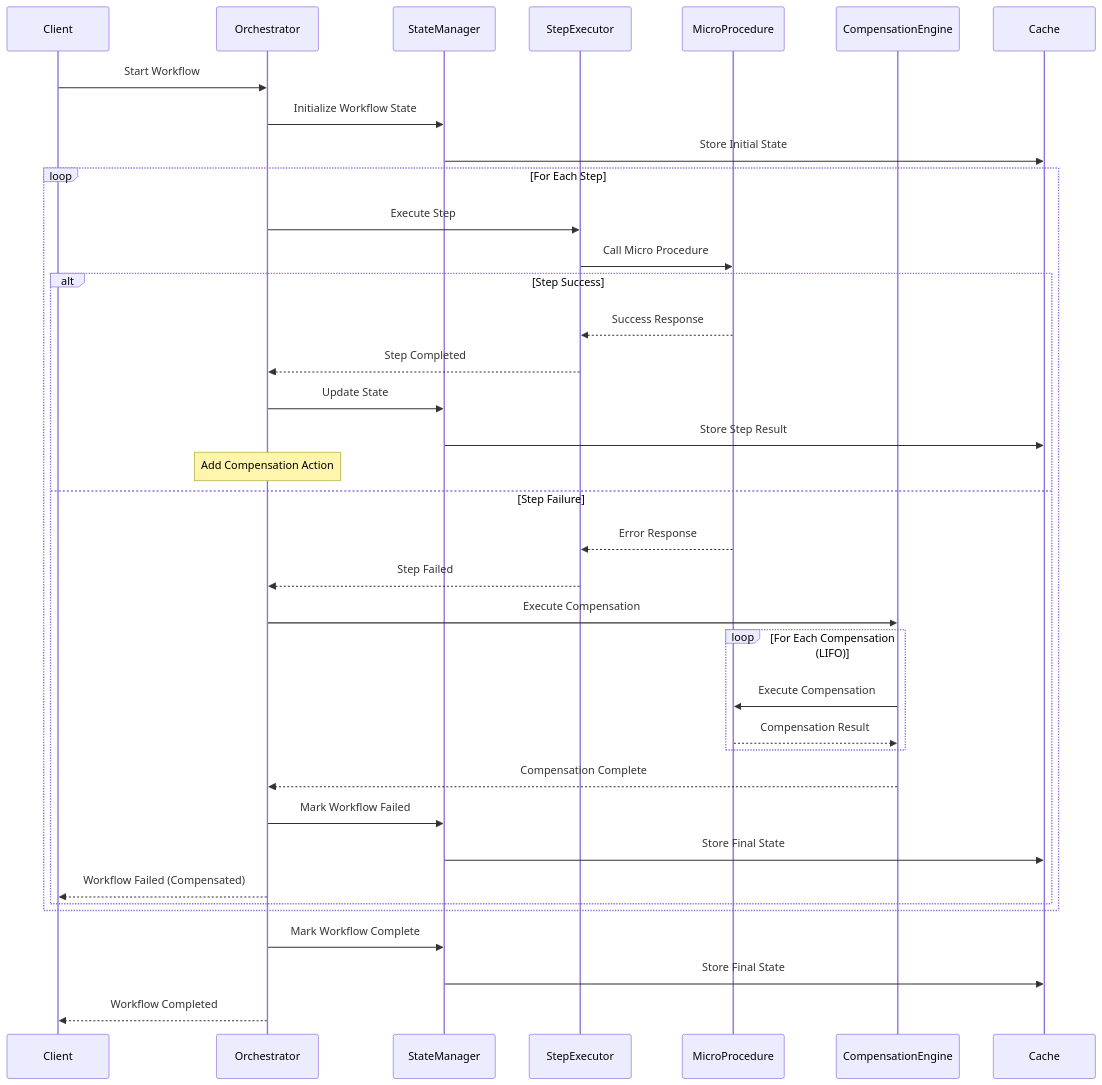
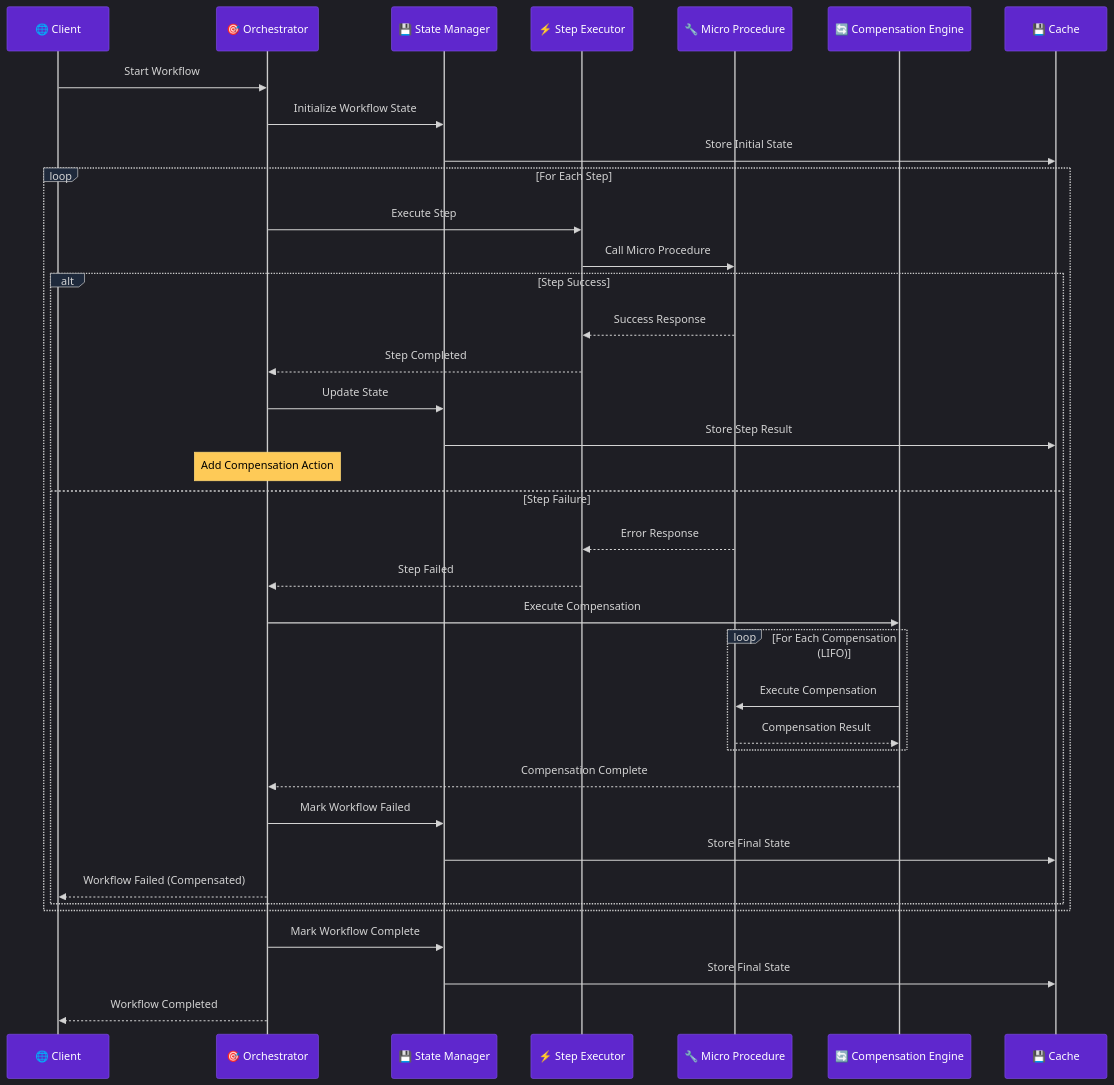
One commit to abdoElHodaky/larvrevrstender changed the second of 10 diagrams in diagrams/workflow-orchestration.md. Above: the diagram before and after it, drawn with Mermaid. The commit also changed other lines of this file and 1 other file, not shown here.

First line of the commit message:
feat: Redesign microservices and workflow diagrams with distinguished eye-catching styling

````diff
--- a/diagrams/workflow-orchestration.md
+++ b/diagrams/workflow-orchestration.md
@@ -97,45 +118,62 @@
 ```mermaid
+%%{init: {
+  'theme': 'dark',
+  'themeVariables': {
+    'actorBkg': '#5F27CD',
+    'actorBorder': '#7B4AE0',
+    'actorTextColor': '#FFFFFF',
+    'activationBkgColor': '#4ECDC4',
+    'activationBorderColor': '#7ED6D1',
+    'noteBkgColor': '#FECA57',
+    'noteTextColor': '#000000',
+    'noteBorderColor': '#FED876',
+    'background': '#0F172A',
+    'mainBkg': '#1E293B',
+    'primaryTextColor': '#FFFFFF'
+  }
+}}%%
+
 sequenceDiagram
-    participant Client
-    participant Orchestrator
-    participant StateManager
-    participant StepExecutor
-    participant MicroProcedure
-    participant CompensationEngine
-    participant Cache
+    participant Client as 🌐 Client
+    participant Orchestrator as 🎯 Orchestrator
+    participant StateManager as 💾 State Manager
+    participant StepExecutor as ⚡ Step Executor
+    participant MicroProcedure as 🔧 Micro Procedure
+    participant CompensationEngine as 🔄 Compensation Engine
+    participant Cache as 💾 Cache
 
     Client->>Orchestrator: Start Workflow
     Orchestrator->>StateManager: Initialize Workflow State
     StateManager->>Cache: Store Initial State
     
     loop For Each Step
         Orchestrator->>StepExecutor: Execute Step
         StepExecutor->>MicroProcedure: Call Micro Procedure
         
         alt Step Success
             MicroProcedure-->>StepExecutor: Success Response
             StepExecutor-->>Orchestrator: Step Completed
             Orchestrator->>StateManager: Update State
             StateManager->>Cache: Store Step Result
             Note over Orchestrator: Add Compensation Action
         else Step Failure
             MicroProcedure-->>StepExecutor: Error Response
             StepExecutor-->>Orchestrator: Step Failed
             Orchestrator->>CompensationEngine: Execute Compensation
             
             loop For Each Compensation (LIFO)
                 CompensationEngine->>MicroProcedure: Execute Compensation
                 MicroProcedure-->>CompensationEngine: Compensation Result
             end
             
             CompensationEngine-->>Orchestrator: Compensation Complete
             Orchestrator->>StateManager: Mark Workflow Failed
             StateManager->>Cache: Store Final State
             Orchestrator-->>Client: Workflow Failed (Compensated)
         end
     end
     
     Orchestrator->>StateManager: Mark Workflow Complete
     StateManager->>Cache: Store Final State
     Orchestrator-->>Client: Workflow Completed
 ```
````
